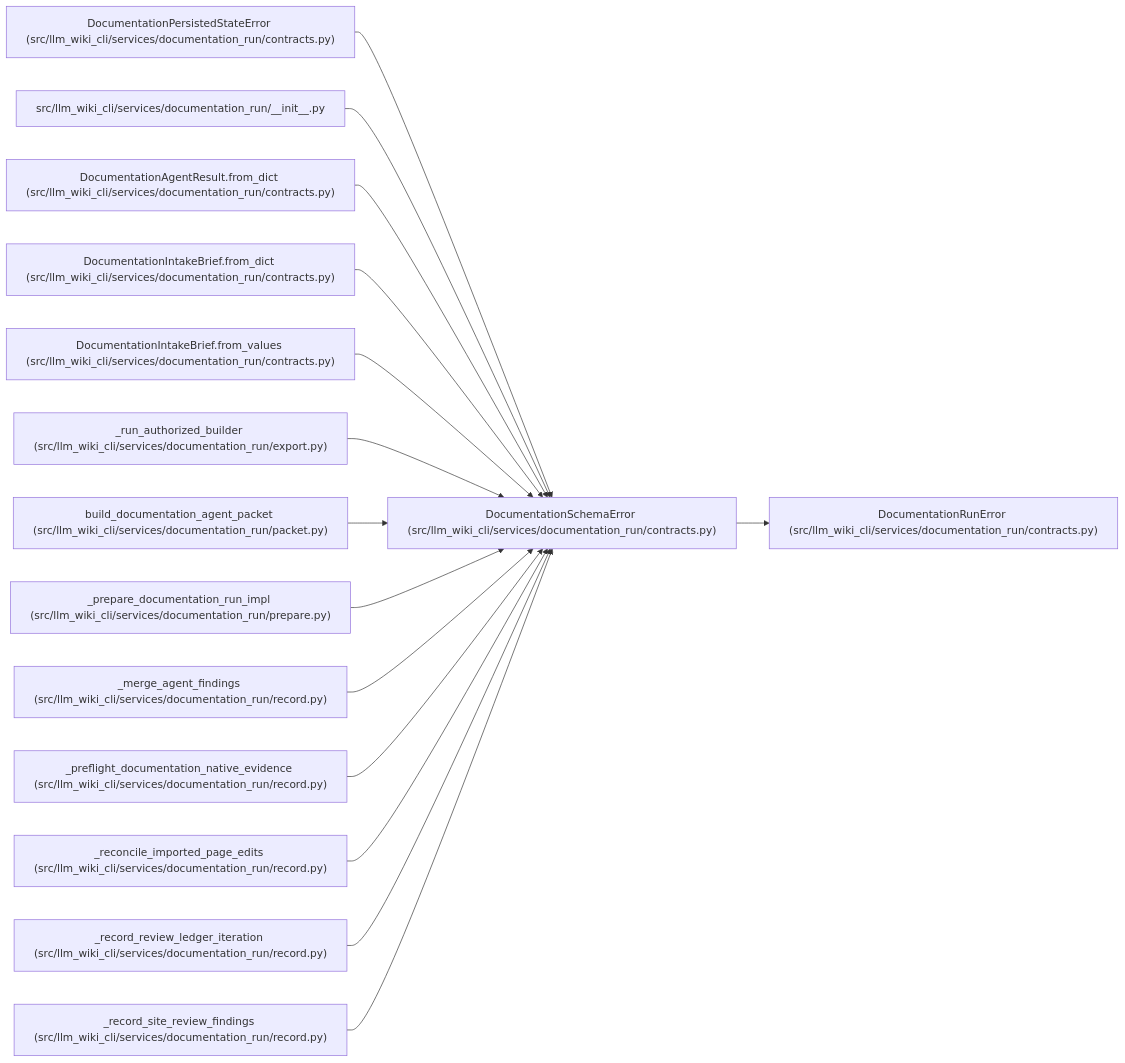
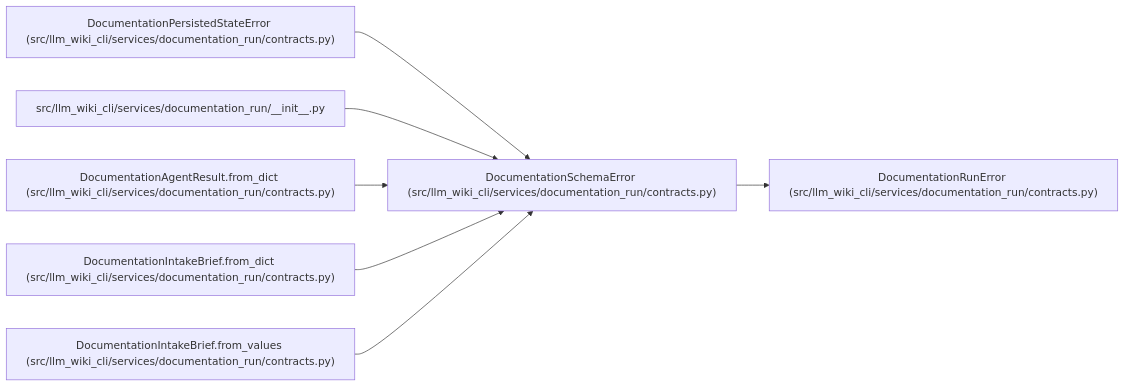
Before and after one commit to Denissvgn/python-wiki-llm: the diagram in docs/llm_wiki/entities/DocumentationSchemaError.md, drawn with Mermaid. The commit also changed other lines of this file and 719 other files, not shown here.

````diff
--- a/docs/llm_wiki/entities/DocumentationSchemaError.md
+++ b/docs/llm_wiki/entities/DocumentationSchemaError.md
@@ -23,47 +23,23 @@
 ```mermaid
 flowchart LR
     n0["DocumentationSchemaError (src/llm_wiki_cli/services/documentation_run/contracts.py)"]
     n1["DocumentationRunError (src/llm_wiki_cli/services/documentation_run/contracts.py)"]
     n2["DocumentationPersistedStateError (src/llm_wiki_cli/services/documentation_run/contracts.py)"]
     n3["src/llm_wiki_cli/services/documentation_run/__init__.py"]
     n4["DocumentationAgentResult.from_dict (src/llm_wiki_cli/services/documentation_run/contracts.py)"]
     n5["DocumentationIntakeBrief.from_dict (src/llm_wiki_cli/services/documentation_run/contracts.py)"]
     n6["DocumentationIntakeBrief.from_values (src/llm_wiki_cli/services/documentation_run/contracts.py)"]
-    n7["_run_authorized_builder (src/llm_wiki_cli/services/documentation_run/export.py)"]
-    n8["build_documentation_agent_packet (src/llm_wiki_cli/services/documentation_run/packet.py)"]
-    n9["_prepare_documentation_run_impl (src/llm_wiki_cli/services/documentation_run/prepare.py)"]
-    n10["_merge_agent_findings (src/llm_wiki_cli/services/documentation_run/record.py)"]
-    n11["_preflight_documentation_native_evidence (src/llm_wiki_cli/services/documentation_run/record.py)"]
-    n12["_reconcile_imported_page_edits (src/llm_wiki_cli/services/documentation_run/record.py)"]
-    n13["_record_review_ledger_iteration (src/llm_wiki_cli/services/documentation_run/record.py)"]
-    n14["_record_site_review_findings (src/llm_wiki_cli/services/documentation_run/record.py)"]
     n0 --> n1
     n2 --> n0
     n3 --> n0
     n4 --> n0
     n5 --> n0
     n6 --> n0
-    n7 --> n0
-    n8 --> n0
-    n9 --> n0
-    n10 --> n0
-    n11 --> n0
-    n12 --> n0
-    n13 --> n0
-    n14 --> n0
     click n0 "../modules/documentation_run_contracts.md"
     click n1 "../modules/documentation_run_contracts.md"
     click n2 "../modules/documentation_run_contracts.md"
     click n3 "../modules/documentation_run___init__.md"
     click n4 "../modules/documentation_run_contracts.md"
     click n5 "../modules/documentation_run_contracts.md"
     click n6 "../modules/documentation_run_contracts.md"
-    click n7 "../modules/export.md"
-    click n8 "../modules/packet.md"
-    click n9 "../modules/prepare.md"
-    click n10 "../modules/record.md"
-    click n11 "../modules/record.md"
-    click n12 "../modules/record.md"
-    click n13 "../modules/record.md"
-    click n14 "../modules/record.md"
 ```
````
